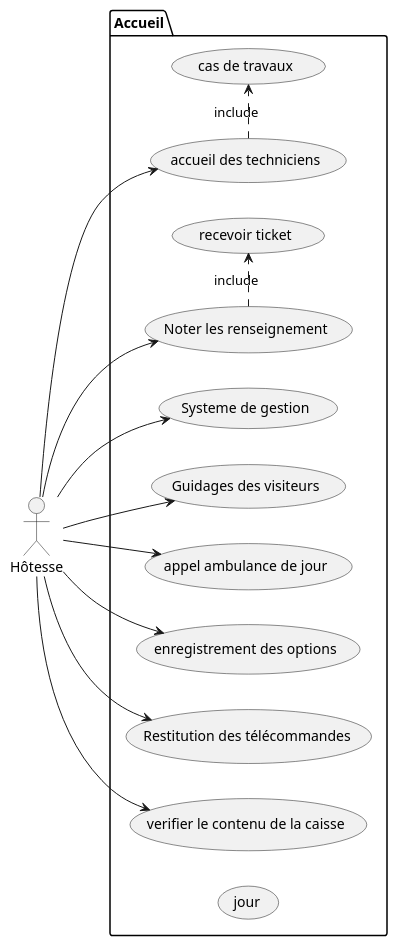
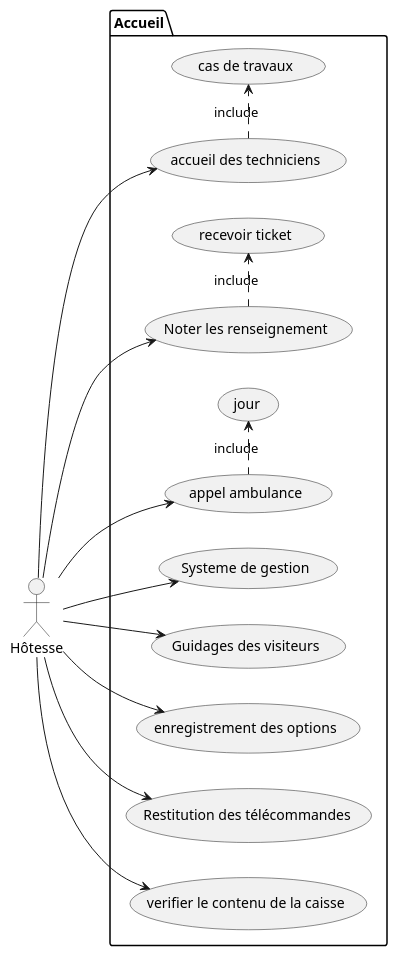
One commit to CaulierBenjamin/hopitalgeorge changed the diagram in src/utilistaion.puml. Above: the diagram before and after it, drawn with PlantUML. The commit also changed 3 other files, not shown here.

```diff
--- a/src/utilistaion.puml
+++ b/src/utilistaion.puml
@@ -1,31 +1,32 @@
 @startuml
 left to right direction
 actor "Hôtesse" as ht
 package Accueil {
   usecase "Systeme de gestion" as UC1
   usecase "Guidages des visiteurs" as UC2
-  usecase "appel ambulance de jour" as UC3
+  usecase "appel ambulance" as UC3
   usecase "enregistrement des options" as UC4
   usecase "Restitution des télécommandes" as UC5
   usecase "accueil des techniciens" as UC6
   usecase "cas de travaux" as UC7
   usecase "verifier le contenu de la caisse" as UC8
   usecase "recevoir ticket" as UC9
   usecase "Noter les renseignement" as UC10
   usecase "jour" as UCJ
   (UC6) .>(UC7) : include
   (UC10).> (UC9) : include
+  (UC3).>(UCJ) : include
 
 }
 ht --> UC1
 ht --> UC2
 ht --> UC3
 ht --> UC4
 ht --> UC5
 ht --> UC6
 ht --> UC8
 ht --> UC10
 
 
 
 @enduml
```
